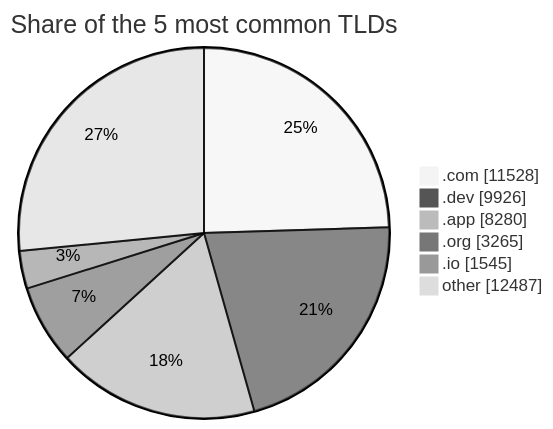
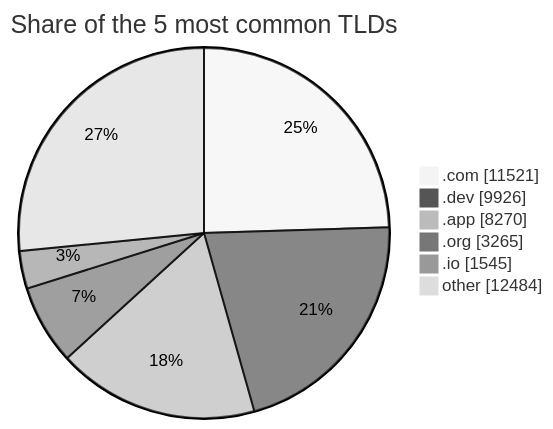
The third of 3 diagrams in README.md (DNSBunker/CTI), drawn with Mermaid (neutral theme) before and after one commit. The commit also changed other lines of this file and 3 other files, not shown here.

````diff
--- a/README.md
+++ b/README.md
@@ -81,9 +81,9 @@
 ```mermaid
 pie showData title Share of the 5 most common TLDs
-    ".com" : 11528
+    ".com" : 11521
     ".dev" : 9926
-    ".app" : 8280
+    ".app" : 8270
     ".org" : 3265
     ".io" : 1545
-    "other" : 12487
+    "other" : 12484
 ```
````
